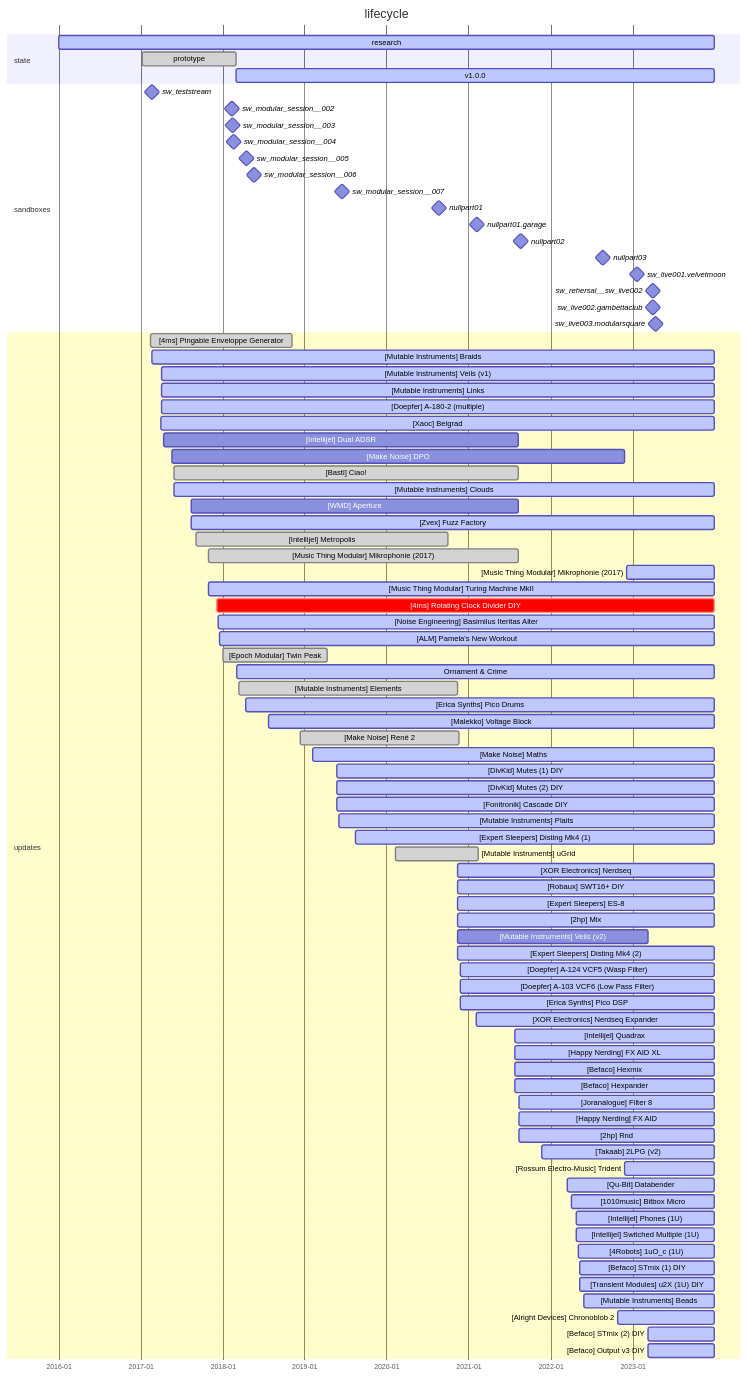
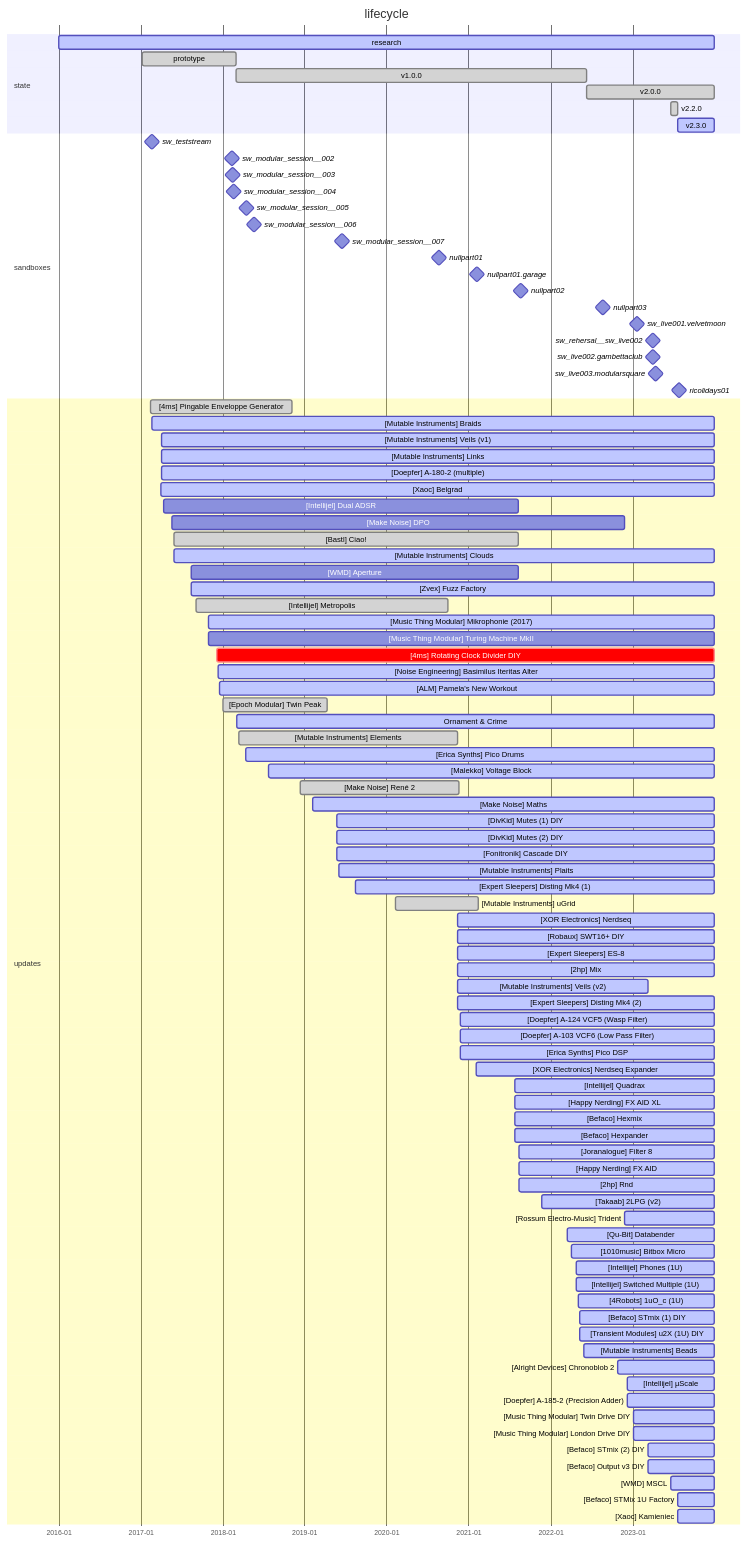
One commit to bill-of-materials/data changed the diagram in ARTIFACTS/RTF-0001/RTF-0001.md. Above: the diagram before and after it, drawn with Mermaid. The commit also changed 2 other files, not shown here.

Commit message:
feat(modular): update modular systems

````diff
--- a/ARTIFACTS/RTF-0001/RTF-0001.md
+++ b/ARTIFACTS/RTF-0001/RTF-0001.md
@@ -28,7 +28,10 @@
   section state
   research              :active,    2016-01-01, 2023-12-31
   prototype             :done,      2017-01-07, 2018-03-01
-  v1.0.0                :active,    2018-03-01, 2023-12-31
+  v1.0.0                :done,      2018-03-01, 2022-06-10
+  v2.0.0                :done,      2022-06-10, 2023-12-31
+  v2.2.0                :done,      2023-06-20, 2023-07-20
+  v2.3.0                :active,    2023-07-20, 2023-12-31
 
   section sandboxes
   sw_teststream                :milestone, 2017-02-19, 1d
@@ -46,6 +49,7 @@
   sw_rehersal__sw_live002      :milestone, 2023-03-31, 1d
   sw_live002.gambettaclub      :milestone, 2023-03-31, 1d
   sw_live003.modularsquare     :milestone, 2023-04-13, 1d
+  ricolidays01                 :milestone, 2023-07-24, 2023-07-31
 
   section updates
   [4ms] Pingable Enveloppe Generator            :done,      2017-02-14, 2018-11-04
@@ -61,9 +65,8 @@
   [WMD] Aperture                                : ,         2017-08-12, 2021-08-10
   [Zvex] Fuzz Factory                           :active,    2017-08-12, 2023-12-31
   [Intellijel] Metropolis                       :done,      2017-09-04, 2020-10-01
-  [Music Thing Modular] Mikrophonie (2017)      :done,      2017-10-29, 2021-08-10
-  [Music Thing Modular] Mikrophonie (2017)      :active,    2022-12-05, 2023-12-31
-  [Music Thing Modular] Turing Machine MkII     :active,    2017-10-29, 2023-12-31
+  [Music Thing Modular] Mikrophonie (2017)      :active,    2017-10-29, 2023-12-31
+  [Music Thing Modular] Turing Machine MkII     : ,         2017-10-29, 2023-12-31
   [4ms] Rotating Clock Divider DIY              :crit,      2017-12-05, 2023-12-31
   [Noise Engineering] Basimilus Iteritas Alter  :active,    2017-12-10, 2023-12-31
   [ALM] Pamela's New Workout                    :active,    2017-12-16, 2023-12-31
@@ -84,7 +87,7 @@
   [Robaux] SWT16+ DIY                           :active,    2020-11-11, 2023-12-31
   [Expert Sleepers] ES-8                        :active,    2020-11-11, 2023-12-31
   [2hp] Mix                                     :active,    2020-11-11, 2023-12-31
-  [Mutable Instruments] Veils (v2)              : ,         2020-11-11, 2023-03-11
+  [Mutable Instruments] Veils (v2)              :active,    2020-11-11, 2023-03-11
   [Expert Sleepers] Disting Mk4 (2)             :active,    2020-11-11, 2023-12-31
   [Doepfer] A-124 VCF5 (Wasp Filter)            :active,    2020-11-26, 2023-12-31
   [Doepfer] A-103 VCF6 (Low Pass Filter)        :active,    2020-11-26, 2023-12-31
@@ -108,6 +111,13 @@
   [Transient Modules] u2X (1U) DIY              :active,    2022-05-09, 2023-12-31
   [Mutable Instruments] Beads                   :active,    2022-05-28, 2023-12-31
   [Alright Devices] Chronoblob 2                :active,    2022-10-26, 2023-12-31
+  [Intellijel] µScale                           :active,    2022-12-10, 2023-12-31
+  [Doepfer] A-185-2 (Precision Adder)           :active,    2022-12-10, 2023-12-31
+  [Music Thing Modular] Twin Drive DIY          :active,    2023-01-06, 2023-12-31
+  [Music Thing Modular] London Drive DIY        :active,    2023-01-06, 2023-12-31
   [Befaco] STmix (2) DIY                        :active,    2023-03-11, 2023-12-31
   [Befaco] Output v3 DIY                        :active,    2023-03-11, 2023-12-31
+  [WMD] MSCL                                    :active,    2023-06-19, 2023-12-31
+  [Befaco] STMix 1U Factory                     :active,    2023-07-20, 2023-12-31
+  [Xaoc] Kamieniec                              :active,    2023-07-20, 2023-12-31
 ```
````
